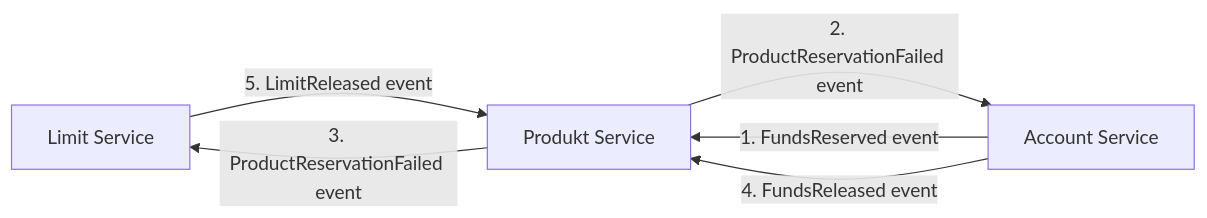
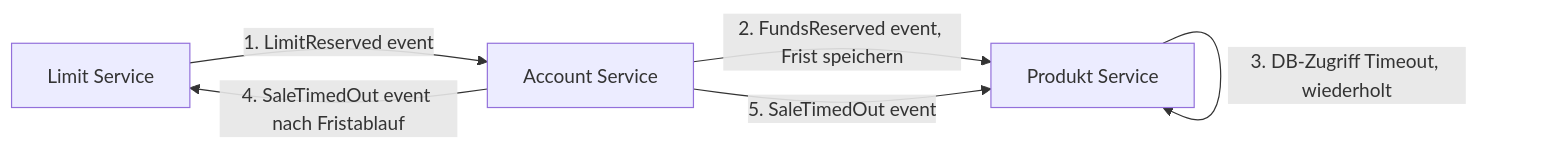
One commit to Adrian-Hansen-dev/second-hand-ticket-app changed diagram 23 of 30 in project-2/abgabe_projekt_2.md. Above: the diagram before and after it, drawn with Mermaid. The commit also changed other lines of this file, not shown here.

First line of the commit message:
Projekt 2: Timeout in der Choreographie über Frist

````diff
--- a/project-2/abgabe_projekt_2.md
+++ b/project-2/abgabe_projekt_2.md
@@ -787,12 +812,12 @@
 ```mermaid
 flowchart LR
     LS[Limit Service]
     AS[Account Service]
     PS[Produkt Service]
 
-    AS -->|1. FundsReserved event| PS
-    PS -->|2. ProductReservationFailed event| AS
-    PS -->|3. ProductReservationFailed event| LS
-    AS -->|4. FundsReleased event| PS
-    LS -->|5. LimitReleased event| PS
+    LS -->|1. LimitReserved event| AS
+    AS -->|2. FundsReserved event, Frist speichern| PS
+    PS -->|3. DB-Zugriff Timeout, wiederholt| PS
+    AS -->|4. SaleTimedOut event nach Fristablauf| LS
+    AS -->|5. SaleTimedOut event| PS
 ```
````
